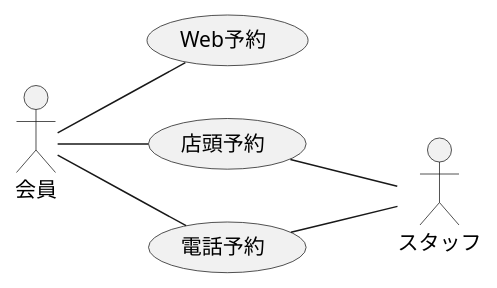
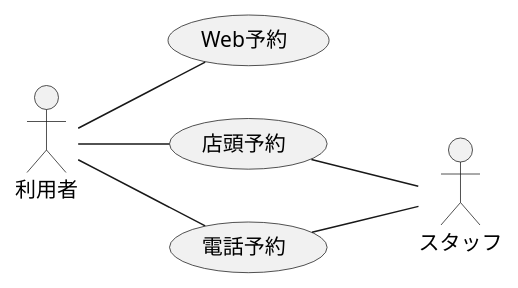
Before and after one commit to TakashiOnawa/ddd-practice-studio-reservation: the diagram in modeling/04_BusinessUsecase_予約.pu, drawn with PlantUML. The commit also changed 13 other files, not shown here.

```diff
--- a/modeling/04_BusinessUsecase_予約.pu
+++ b/modeling/04_BusinessUsecase_予約.pu
@@ -1,14 +1,14 @@
 @startuml BusinessUsecase
 
 left to right direction
 
-actor 会員
+actor 利用者
 actor スタッフ
 
-会員 -- (Web予約)
-会員 -- (店頭予約)
+利用者 -- (Web予約)
+利用者 -- (店頭予約)
 (店頭予約) -- スタッフ
-会員 -- (電話予約)
+利用者 -- (電話予約)
 (電話予約) -- スタッフ
 
 @enduml
```
